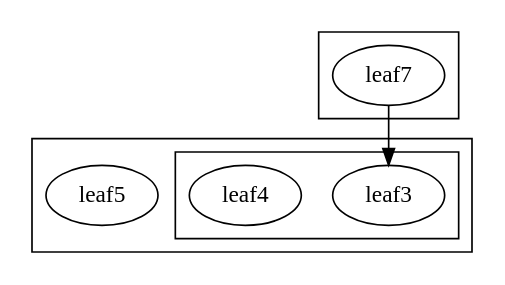
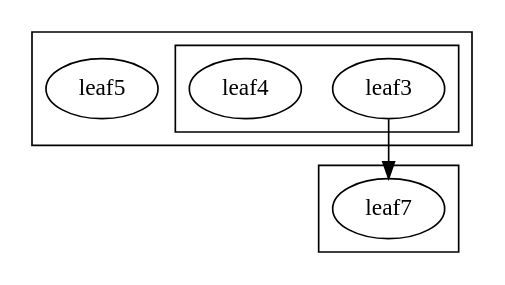
Before and after one commit to stefanrinderle/SoftViz3D: the diagram in x3d/dependency.dot, drawn with Graphviz. The commit also changed 12 other files, not shown here.

```diff
--- a/x3d/dependency.dot
+++ b/x3d/dependency.dot
@@ -1,13 +1,13 @@
 digraph G {
 	subgraph cluster_node_1 {
 		subgraph cluster_node_2 {
 			leaf3;
 			leaf4;
 		}
 		leaf5;
 	}
 	subgraph cluster_node_6 {
 		leaf7;
 	}
-	leaf7 -> leaf3;
+	leaf3 -> leaf7;
 }
```
